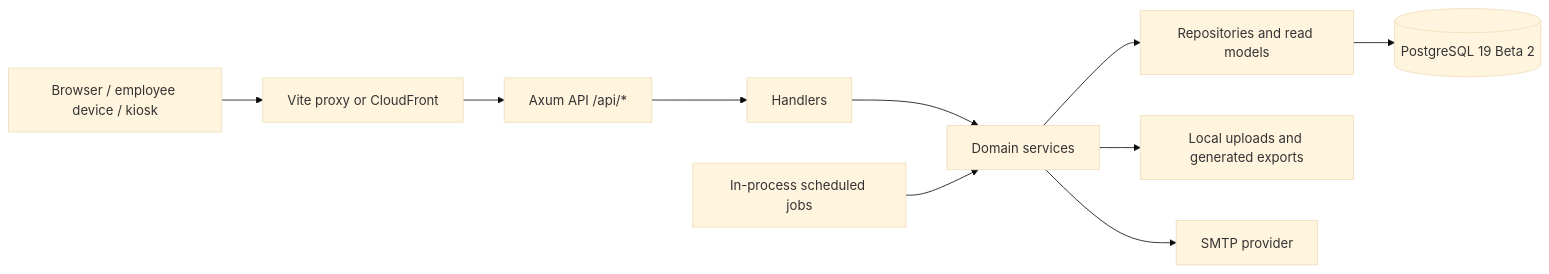
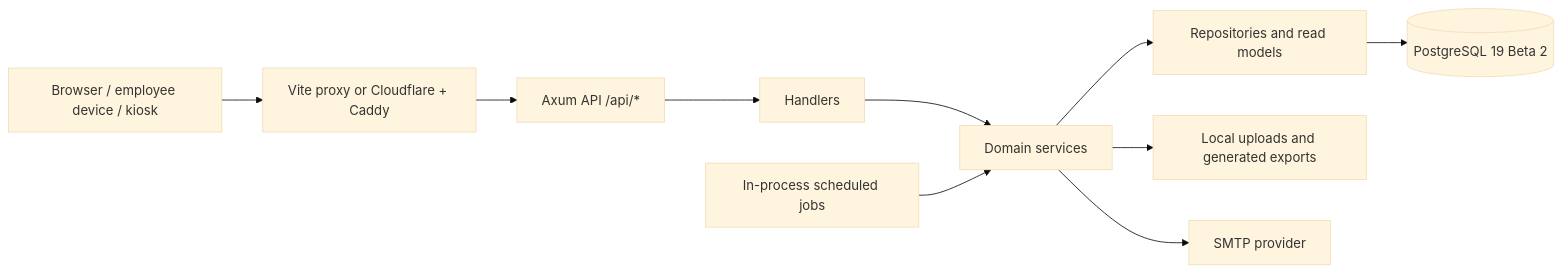
One commit to siewong007/payroll-system changed the first of 2 diagrams in docs/architecture.md. Above: the diagram before and after it, drawn with Mermaid (base theme). The commit also changed other lines of this file and 26 other files, not shown here.

````diff
--- a/docs/architecture.md
+++ b/docs/architecture.md
@@ -10,12 +10,12 @@
 ```mermaid
 flowchart LR
-    Browser["Browser / employee device / kiosk"] --> Edge["Vite proxy or CloudFront"]
+    Browser["Browser / employee device / kiosk"] --> Edge["Vite proxy or Cloudflare + Caddy"]
     Edge --> API["Axum API /api/*"]
     API --> Handlers["Handlers"]
     Handlers --> Services["Domain services"]
     Services --> Repositories["Repositories and read models"]
     Repositories --> Database[("PostgreSQL 19 Beta 2")]
     Services --> Files["Local uploads and generated exports"]
     Services --> SMTP["SMTP provider"]
     Jobs["In-process scheduled jobs"] --> Services
 ```
````
